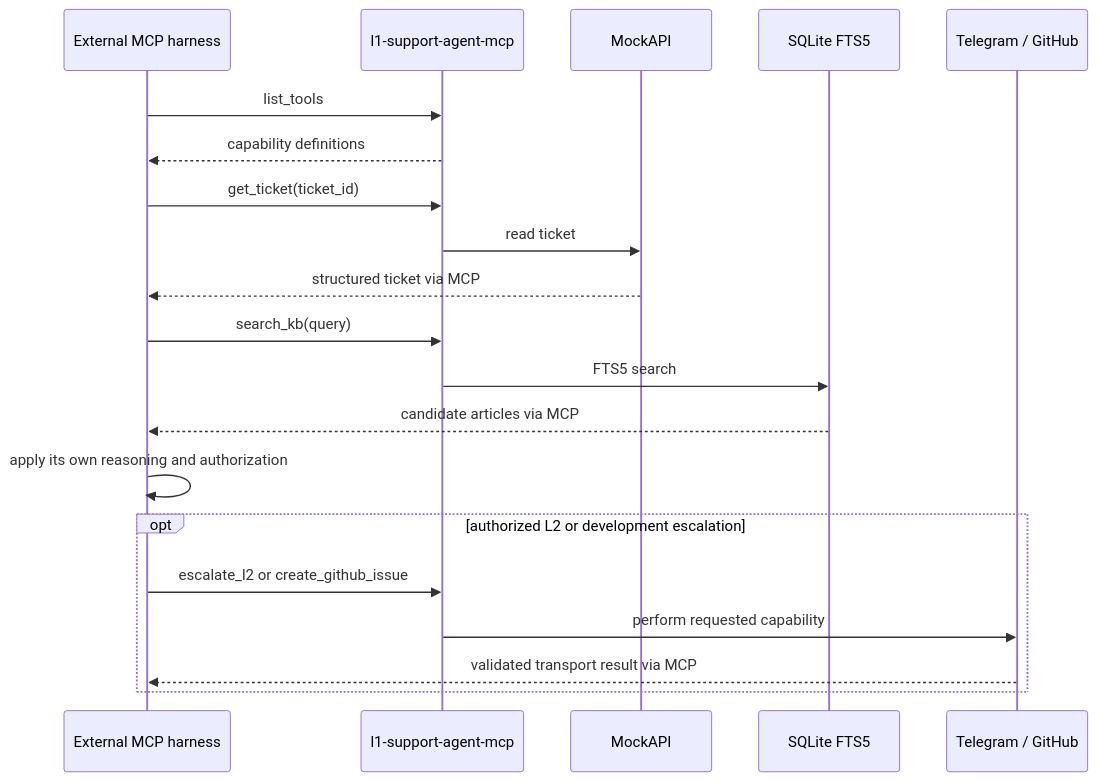
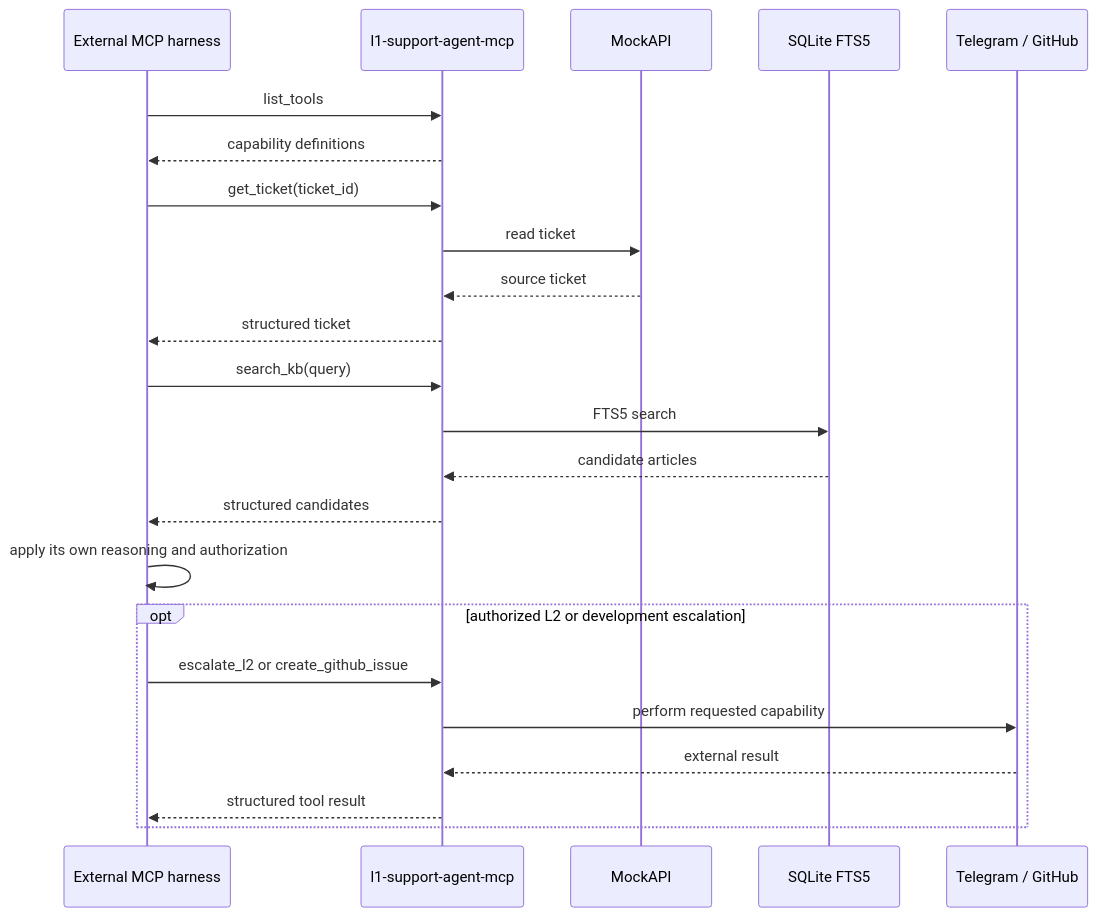
The diagram in docs/harnesses.md (rddwnn/l1-support-agent), drawn with Mermaid before and after one commit. The commit also changed 4 other files, not shown here.

````diff
--- a/docs/harnesses.md
+++ b/docs/harnesses.md
@@ -44,23 +44,26 @@
 ```mermaid
 sequenceDiagram
     participant Harness as External MCP harness
     participant MCP as l1-support-agent-mcp
     participant Source as MockAPI
     participant KB as SQLite FTS5
     participant SideEffect as Telegram / GitHub
 
     Harness->>MCP: list_tools
     MCP-->>Harness: capability definitions
     Harness->>MCP: get_ticket(ticket_id)
     MCP->>Source: read ticket
-    Source-->>Harness: structured ticket via MCP
+    Source-->>MCP: source ticket
+    MCP-->>Harness: structured ticket
     Harness->>MCP: search_kb(query)
     MCP->>KB: FTS5 search
-    KB-->>Harness: candidate articles via MCP
+    KB-->>MCP: candidate articles
+    MCP-->>Harness: structured candidates
     Harness->>Harness: apply its own reasoning and authorization
     opt authorized L2 or development escalation
         Harness->>MCP: escalate_l2 or create_github_issue
         MCP->>SideEffect: perform requested capability
-        SideEffect-->>Harness: validated transport result via MCP
+        SideEffect-->>MCP: external result
+        MCP-->>Harness: structured tool result
     end
 ```
````
